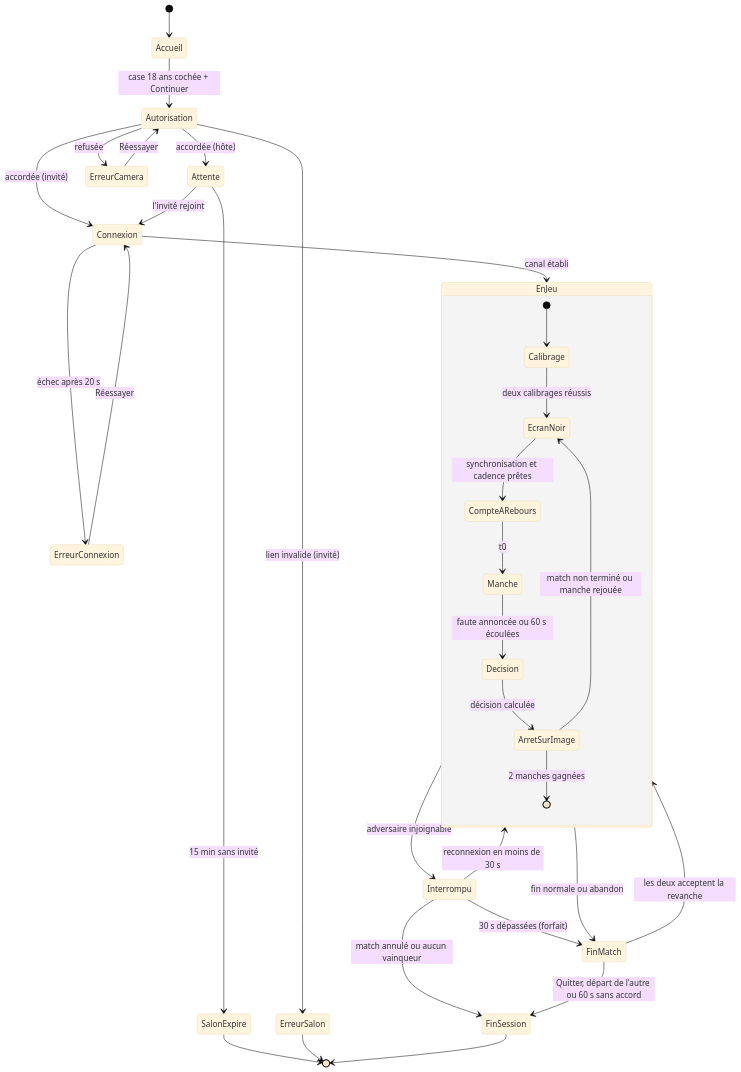
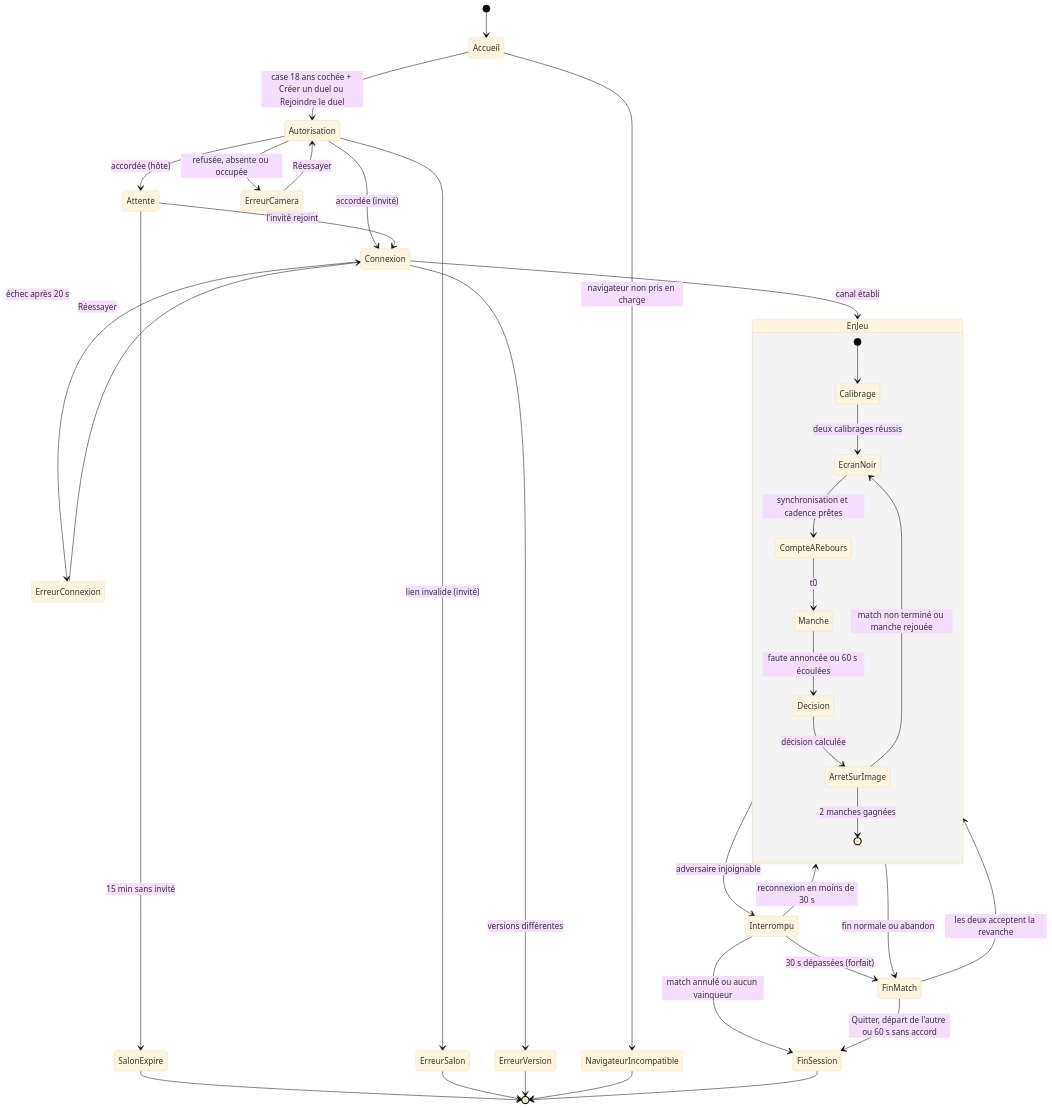
The diagram in docs/D2-regles-jeu-arbitrage.md (Vartax77/ne-souris-pas), drawn with Mermaid (base theme) before and after one commit. The commit also changed other lines of this file and 9 other files, not shown here.

````diff
--- a/docs/D2-regles-jeu-arbitrage.md
+++ b/docs/D2-regles-jeu-arbitrage.md
@@ -309,37 +325,41 @@
 ```mermaid
 stateDiagram-v2
     [*] --> Accueil
-    Accueil --> Autorisation : case 18 ans cochée + Continuer
+    Accueil --> NavigateurIncompatible : navigateur non pris en charge
+    Accueil --> Autorisation : case 18 ans cochée + Créer un duel ou Rejoindre le duel
     Autorisation --> Attente : accordée (hôte)
     Autorisation --> Connexion : accordée (invité)
-    Autorisation --> ErreurCamera : refusée
+    Autorisation --> ErreurCamera : refusée, absente ou occupée
     Autorisation --> ErreurSalon : lien invalide (invité)
     ErreurCamera --> Autorisation : Réessayer
     Attente --> Connexion : l'invité rejoint
     Attente --> SalonExpire : 15 min sans invité
     Connexion --> ErreurConnexion : échec après 20 s
     ErreurConnexion --> Connexion : Réessayer
+    Connexion --> ErreurVersion : versions différentes
     Connexion --> EnJeu : canal établi
 
     state EnJeu {
         [*] --> Calibrage
         Calibrage --> EcranNoir : deux calibrages réussis
         EcranNoir --> CompteARebours : synchronisation et cadence prêtes
         CompteARebours --> Manche : t0
         Manche --> Decision : faute annoncée ou 60 s écoulées
         Decision --> ArretSurImage : décision calculée
         ArretSurImage --> EcranNoir : match non terminé ou manche rejouée
         ArretSurImage --> [*] : 2 manches gagnées
     }
 
     EnJeu --> Interrompu : adversaire injoignable
     Interrompu --> EnJeu : reconnexion en moins de 30 s
     Interrompu --> FinMatch : 30 s dépassées (forfait)
     Interrompu --> FinSession : match annulé ou aucun vainqueur
     EnJeu --> FinMatch : fin normale ou abandon
     FinMatch --> EnJeu : les deux acceptent la revanche
     FinMatch --> FinSession : Quitter, départ de l'autre ou 60 s sans accord
     SalonExpire --> [*]
     ErreurSalon --> [*]
+    ErreurVersion --> [*]
+    NavigateurIncompatible --> [*]
     FinSession --> [*]
 ```
````
